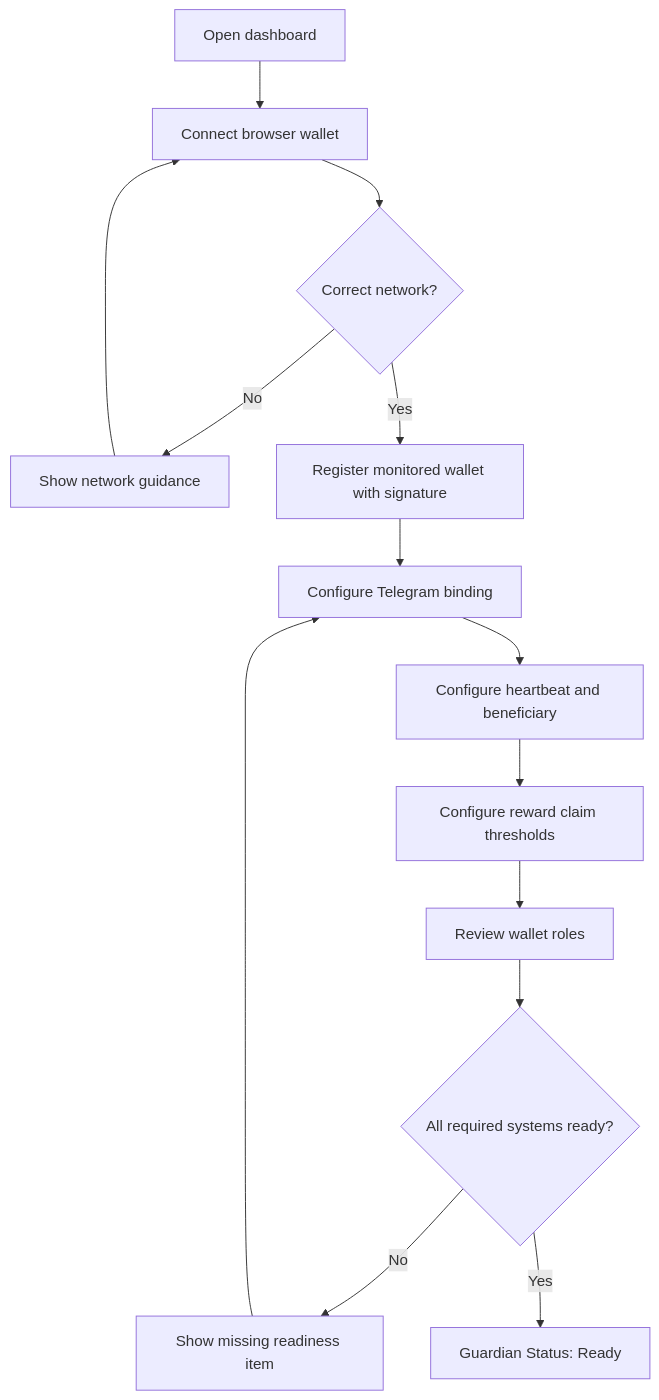
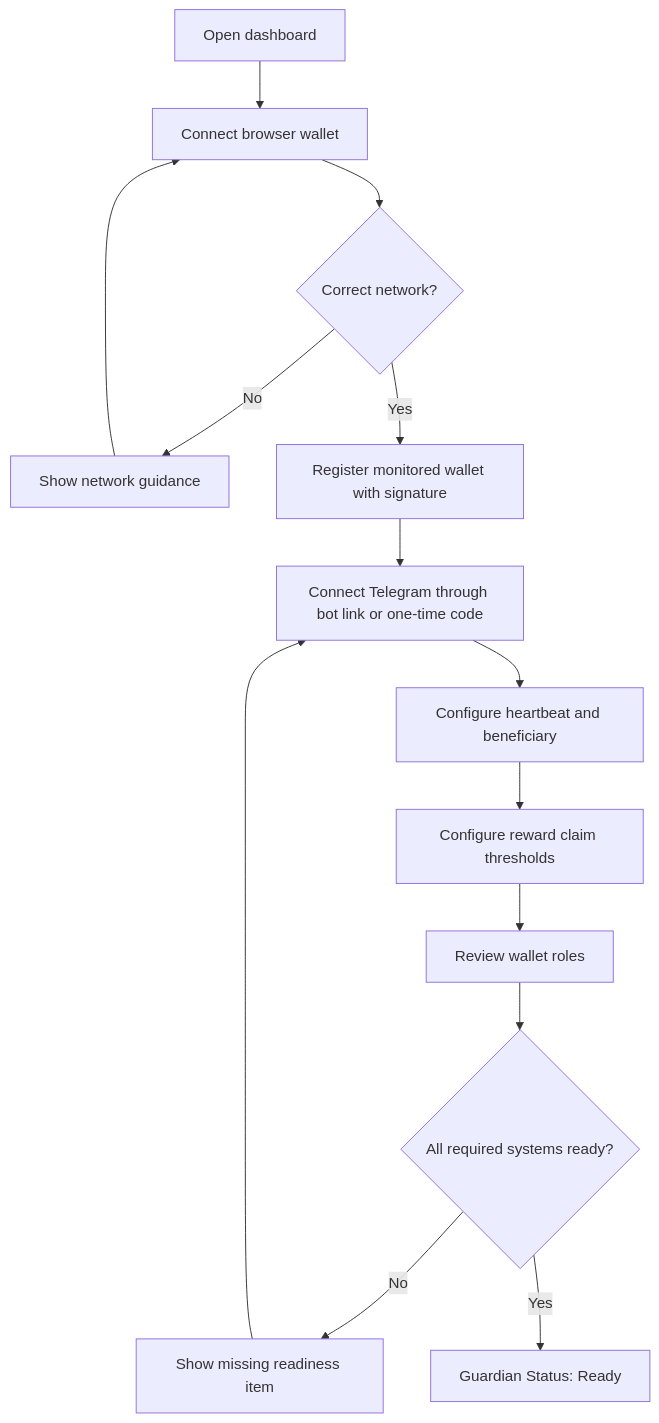
Before and after one commit to tunghp2002/Somnia-RiskGuard-Agent: the first of 5 diagrams in _bmad-output/planning-artifacts/ux-design-specification.md, drawn with Mermaid. The commit also changed other lines of this file and 16 other files, not shown here.

Commit message:
docs: update skill, architecture and epic

````diff
--- a/_bmad-output/planning-artifacts/ux-design-specification.md
+++ b/_bmad-output/planning-artifacts/ux-design-specification.md
@@ -216,16 +216,16 @@
 ```mermaid
 flowchart TD
   A[Open dashboard] --> B[Connect browser wallet]
   B --> C{Correct network?}
   C -- No --> C1[Show network guidance]
   C1 --> B
   C -- Yes --> D[Register monitored wallet with signature]
-  D --> E[Configure Telegram binding]
+  D --> E[Connect Telegram through bot link or one-time code]
   E --> F[Configure heartbeat and beneficiary]
   F --> G[Configure reward claim thresholds]
   G --> H[Review wallet roles]
   H --> I{All required systems ready?}
   I -- No --> I1[Show missing readiness item]
   I1 --> E
   I -- Yes --> J[Guardian Status: Ready]
 ```
````
